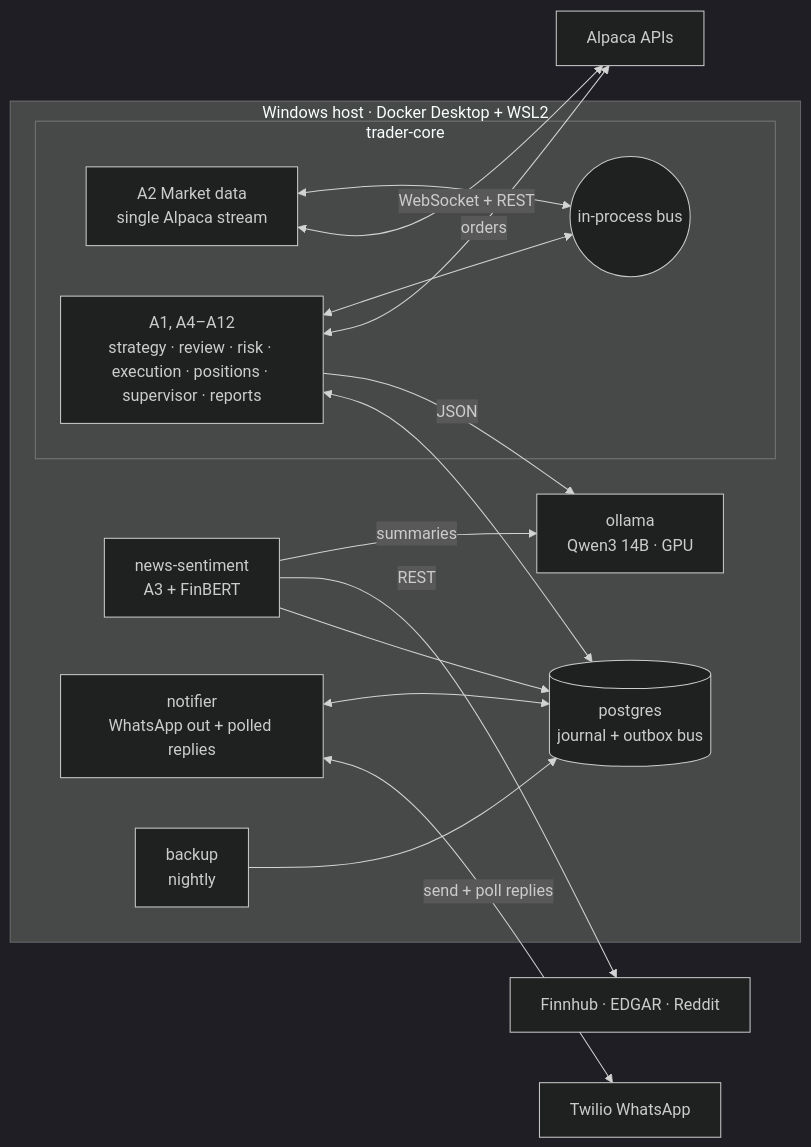
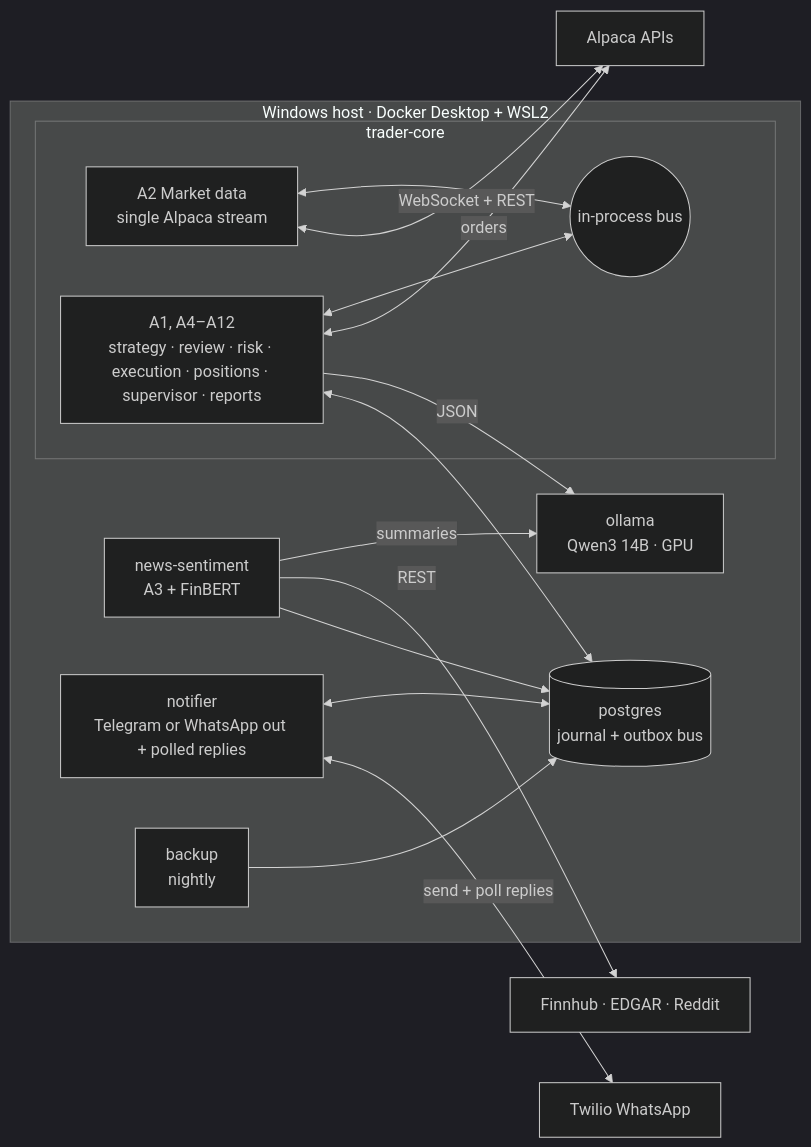
Before and after one commit to sbittla/agentic-ai-trading-system: the first of 3 diagrams in docs/ARCHITECTURE.md, drawn with Mermaid (dark theme). The commit also changed other lines of this file and 42 other files, not shown here.

````diff
--- a/docs/ARCHITECTURE.md
+++ b/docs/ARCHITECTURE.md
@@ -11,31 +11,31 @@
 ```mermaid
 flowchart LR
     subgraph Host["Windows host · Docker Desktop + WSL2"]
         subgraph core["trader-core"]
             A2[A2 Market data<br/>single Alpaca stream]
             BUS((in-process bus))
             DEC[A1, A4–A12<br/>strategy · review · risk · execution · positions · supervisor · reports]
         end
         NEWS[news-sentiment<br/>A3 + FinBERT]
-        NOTI[notifier<br/>WhatsApp out + polled replies]
+        NOTI[notifier<br/>Telegram or WhatsApp out + polled replies]
         OLL[ollama<br/>Qwen3 14B · GPU]
         PG[(postgres<br/>journal + outbox bus)]
         BK[backup<br/>nightly]
     end
     ALP[Alpaca APIs]
     EXT[Finnhub · EDGAR · Reddit]
     TW[Twilio WhatsApp]
 
     A2 <--> BUS
     DEC <--> BUS
     A2 <-->|WebSocket + REST| ALP
     DEC <-->|orders| ALP
     DEC -->|JSON| OLL
     NEWS -->|summaries| OLL
     NEWS -->|REST| EXT
     NEWS --> PG
     DEC <--> PG
     NOTI <--> PG
     NOTI <-->|send + poll replies| TW
     BK --> PG
 ```
````
